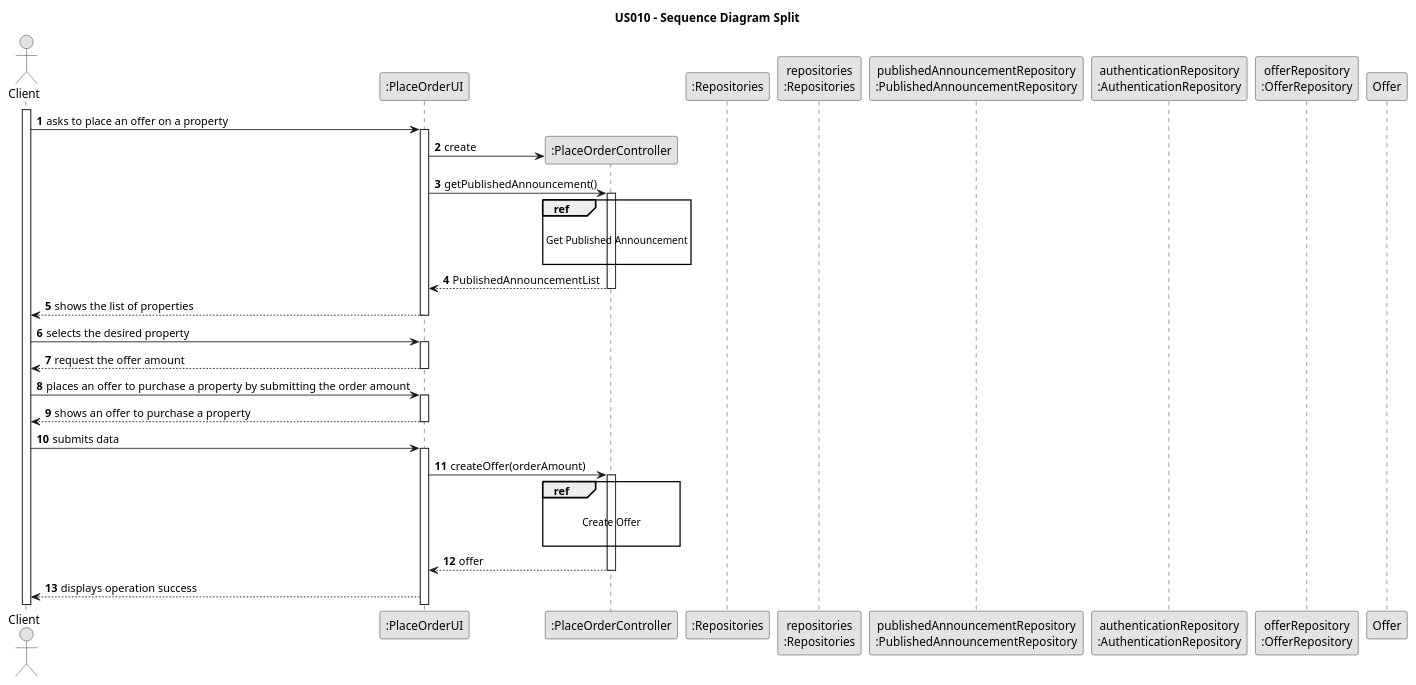
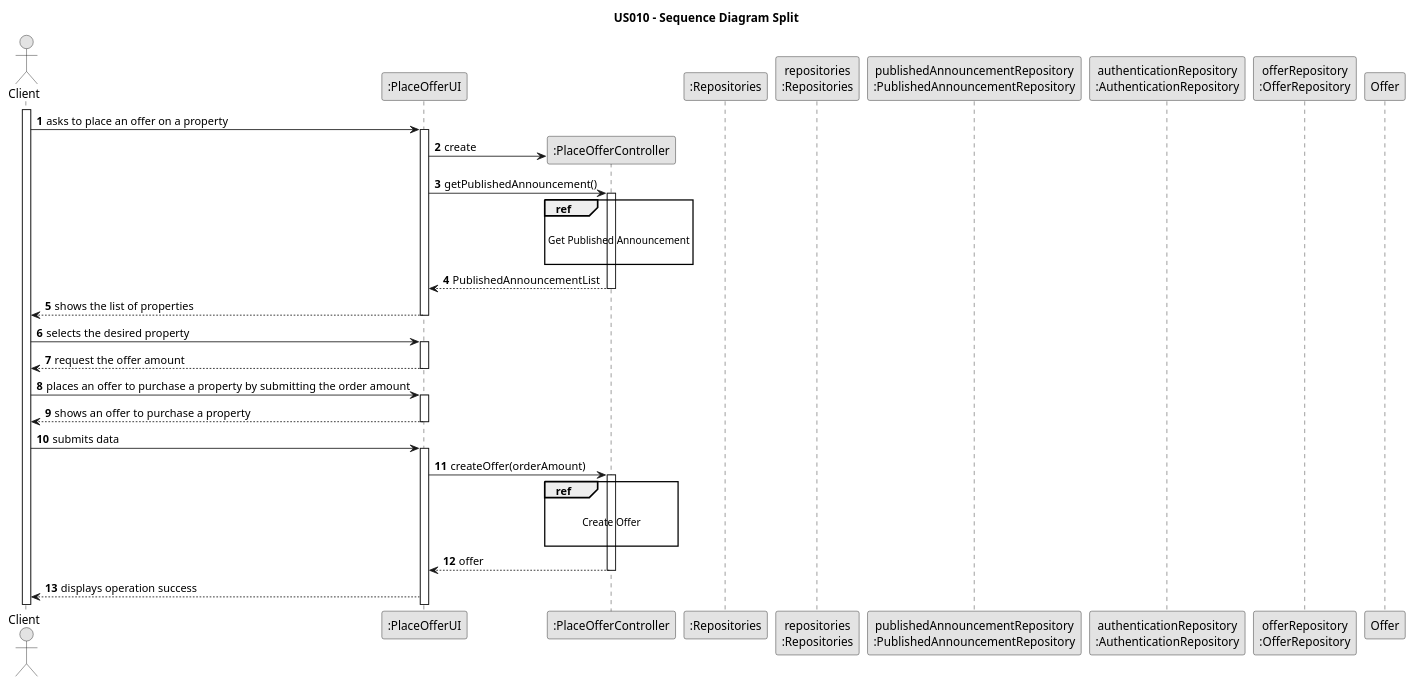
Before and after one commit to PureNimble/ISEP-LAPR2: the diagram in docs/sprintC/US10/03.design/puml/us010-sequence-diagram-split.puml, drawn with PlantUML. The commit also changed 12 other files, not shown here.

```diff
--- a/docs/sprintC/US10/03.design/puml/us010-sequence-diagram-split.puml
+++ b/docs/sprintC/US10/03.design/puml/us010-sequence-diagram-split.puml
@@ -1,72 +1,72 @@
 @startuml
 
 skinparam monochrome true
 skinparam packageStyle rectangle
 skinparam shadowing false
 
 title US010 - Sequence Diagram Split
 
 autonumber
 
 actor "Client" as Client
-participant ":PlaceOrderUI" as System
-participant ":PlaceOrderController" as Controller
+participant ":PlaceOfferUI" as System
+participant ":PlaceOfferController" as Controller
 participant ":Repositories" as RepositorySingleton
 participant "repositories\n:Repositories" as Repositories
 participant "publishedAnnouncementRepository\n:PublishedAnnouncementRepository" as PublishedAnnouncementRepository
 participant "authenticationRepository\n:AuthenticationRepository" as AuthenticationRepository
 participant "offerRepository\n:OfferRepository" as OfferRepository
 participant "Offer" as Offer
 
 activate Client
 
 Client -> System : asks to place an offer on a property
 activate System
 
 System -> Controller** : create
 
 System -> Controller : getPublishedAnnouncement()
 activate Controller
 
 ref over Controller
 
 Get Published Announcement
 
 end
 
 Controller --> System : PublishedAnnouncementList
 deactivate Controller
 
 System --> Client : shows the list of properties
 deactivate System
 
 Client -> System : selects the desired property
 activate System
 
 System --> Client : request the offer amount
 deactivate System
 
 Client -> System : places an offer to purchase a property by submitting the order amount
 activate System
 
 System --> Client : shows an offer to purchase a property
 deactivate System
 
 Client -> System : submits data
 activate System
 
 System -> Controller : createOffer(orderAmount)
 activate Controller
 
 ref over Controller
 
     Create Offer
 
 end
 
 Controller --> System : offer
 deactivate Controller
 
 System --> Client : displays operation success
 
 @enduml
```
